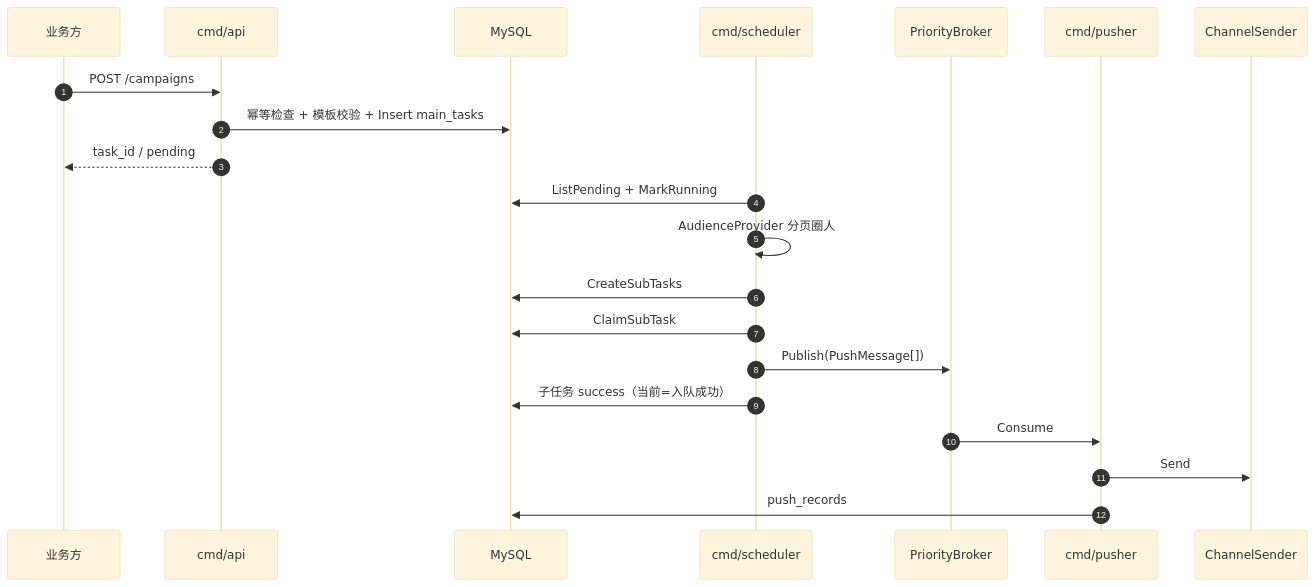
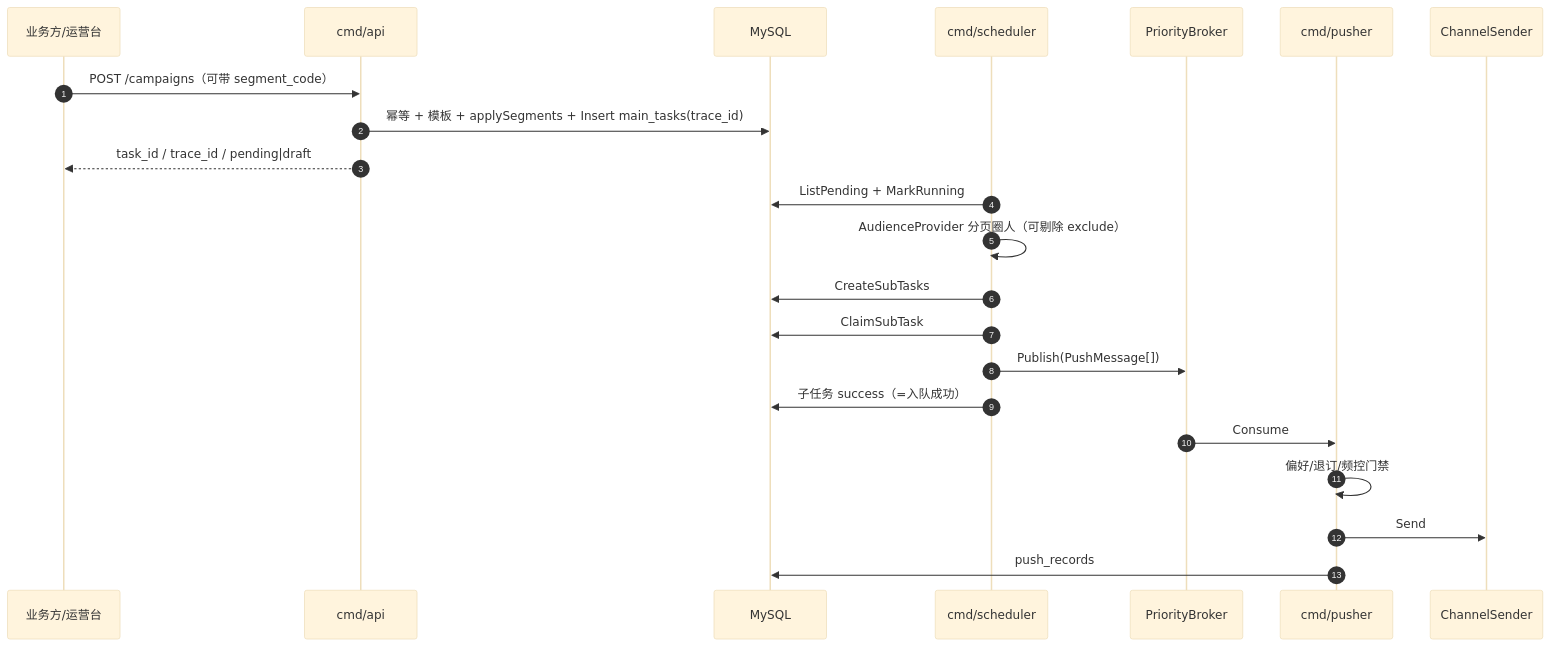
Before and after one commit to davveo/startlink: the diagram in docs/创建活动主流程.md, drawn with Mermaid (base theme). The commit also changed other lines of this file and 8 other files, not shown here.

````diff
--- a/docs/创建活动主流程.md
+++ b/docs/创建活动主流程.md
@@ -36,26 +47,27 @@
 ```mermaid
 sequenceDiagram
     autonumber
-    participant Biz as 业务方
+    participant Biz as 业务方/运营台
     participant API as cmd/api
     participant DB as MySQL
     participant Sch as cmd/scheduler
     participant MQ as PriorityBroker
     participant Pus as cmd/pusher
     participant Ch as ChannelSender
 
-    Biz->>API: POST /campaigns
-    API->>DB: 幂等检查 + 模板校验 + Insert main_tasks
-    API-->>Biz: task_id / pending
+    Biz->>API: POST /campaigns（可带 segment_code）
+    API->>DB: 幂等 + 模板 + applySegments + Insert main_tasks(trace_id)
+    API-->>Biz: task_id / trace_id / pending|draft
 
     Sch->>DB: ListPending + MarkRunning
-    Sch->>Sch: AudienceProvider 分页圈人
+    Sch->>Sch: AudienceProvider 分页圈人（可剔除 exclude）
     Sch->>DB: CreateSubTasks
     Sch->>DB: ClaimSubTask
     Sch->>MQ: Publish(PushMessage[])
-    Sch->>DB: 子任务 success（当前=入队成功）
+    Sch->>DB: 子任务 success（=入队成功）
 
     MQ->>Pus: Consume
+    Pus->>Pus: 偏好/退订/频控门禁
     Pus->>Ch: Send
     Pus->>DB: push_records
 ```
````
